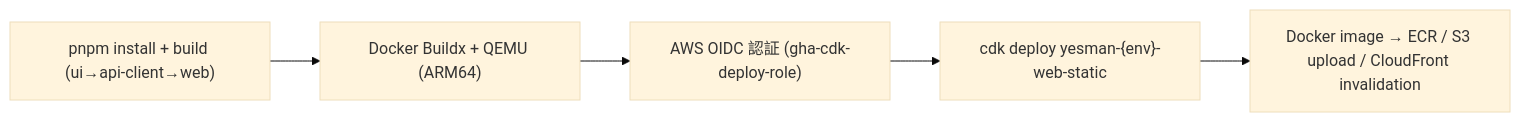
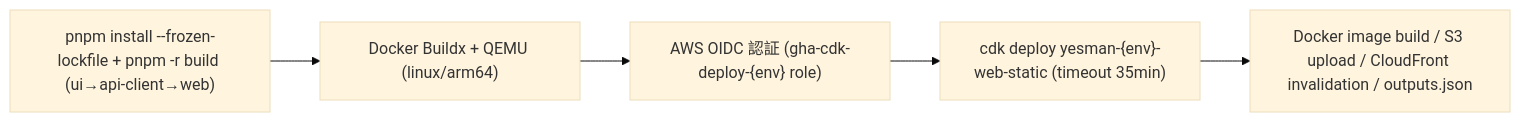
The second of 3 diagrams in docs/design/04-infrastructure-design.md (y-morimatsu/yes-man), drawn with Mermaid (base theme) before and after one commit. The commit also changed other lines of this file and 5 other files, not shown here.

````diff
--- a/docs/design/04-infrastructure-design.md
+++ b/docs/design/04-infrastructure-design.md
@@ -76,7 +122,7 @@
 ```mermaid
 flowchart LR
-    A["pnpm install + build (ui→api-client→web)"] --> B["Docker Buildx + QEMU (ARM64)"]
-    B --> C["AWS OIDC 認証 (gha-cdk-deploy-role)"]
-    C --> D["cdk deploy yesman-{env}-web-static"]
-    D --> E["Docker image → ECR / S3 upload / CloudFront invalidation"]
+    A["pnpm install --frozen-lockfile + pnpm -r build (ui→api-client→web)"] --> B["Docker Buildx + QEMU (linux/arm64)"]
+    B --> C["AWS OIDC 認証 (gha-cdk-deploy-{env} role)"]
+    C --> D["cdk deploy yesman-{env}-web-static (timeout 35min)"]
+    D --> E["Docker image build / S3 upload / CloudFront invalidation / outputs.json"]
 ```
````
